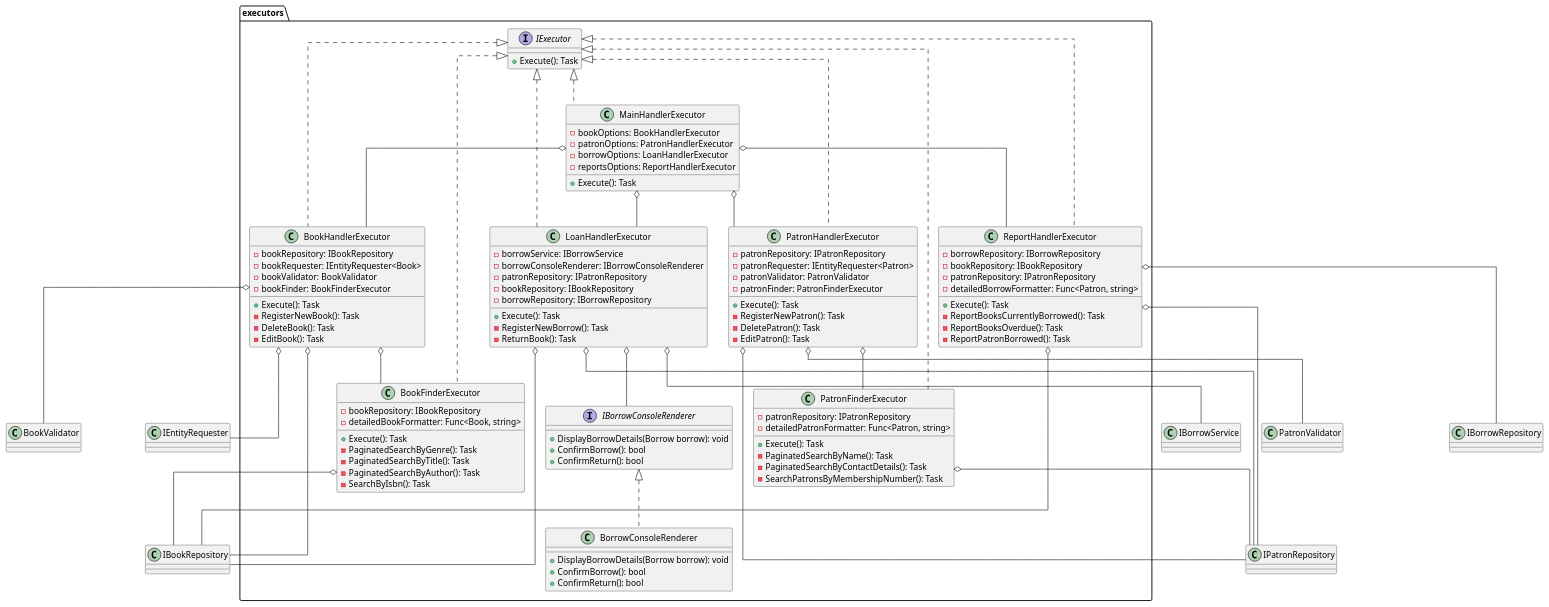
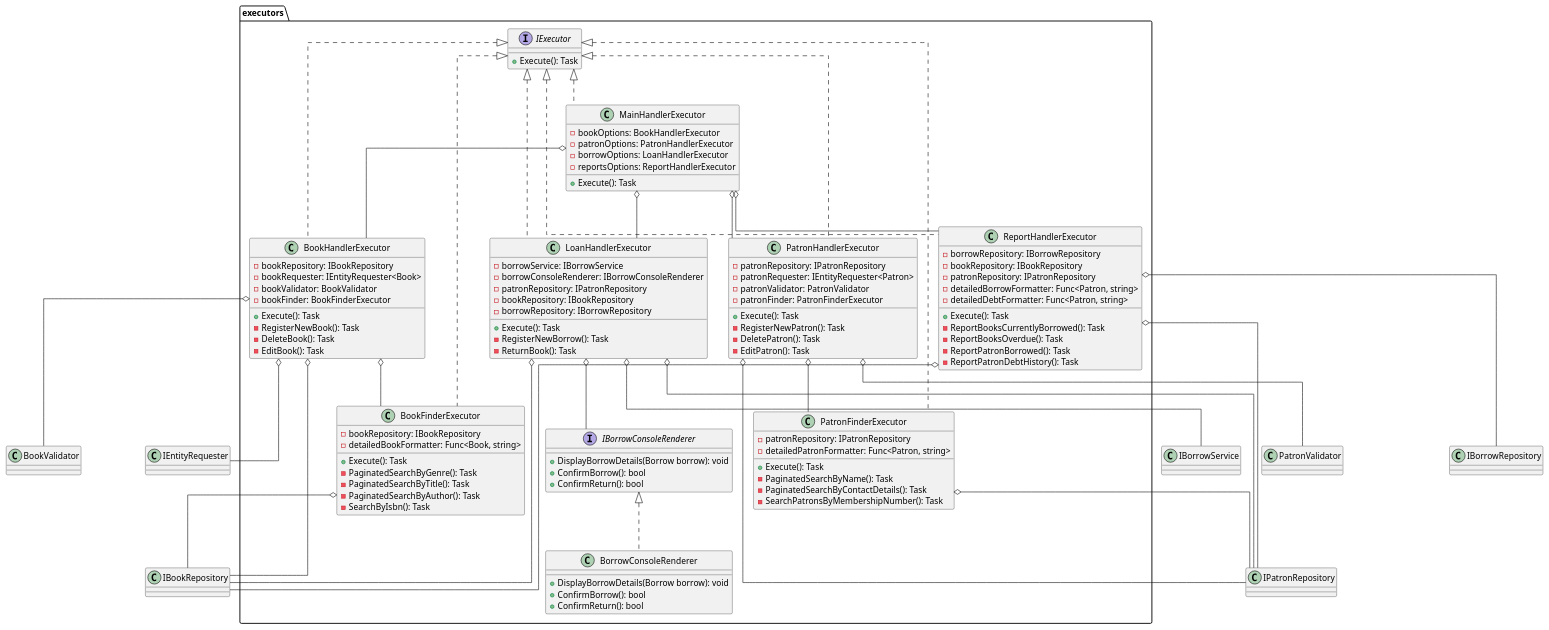
The diagram in system-design/class-diagram/presentation/executors.puml (programacion-6/Opcion1LosBorbotones), drawn with PlantUML before and after one commit. The commit also changed 5 other files, not shown here.

Commit message:
chore: updated UML

```diff
--- a/system-design/class-diagram/presentation/executors.puml
+++ b/system-design/class-diagram/presentation/executors.puml
@@ -1,127 +1,129 @@
 @startuml
 skinparam linetype ortho
 
 package executors {
     class BookFinderExecutor {
             -  bookRepository: IBookRepository
             -  detailedBookFormatter: Func<Book, string>
             +  Execute(): Task
             -  PaginatedSearchByGenre(): Task
             -  PaginatedSearchByTitle(): Task
             -  PaginatedSearchByAuthor(): Task
             -  SearchByIsbn(): Task
         }
 
     class BookHandlerExecutor {
             -  bookRepository: IBookRepository
             -  bookRequester: IEntityRequester<Book>
             -  bookValidator: BookValidator
             -  bookFinder: BookFinderExecutor
             +  Execute(): Task
             -  RegisterNewBook(): Task
             -  DeleteBook(): Task
             -  EditBook(): Task
         }
 
     class LoanHandlerExecutor {
             -  borrowService: IBorrowService
             -  borrowConsoleRenderer: IBorrowConsoleRenderer
             -  patronRepository: IPatronRepository
             -  bookRepository: IBookRepository
             -  borrowRepository: IBorrowRepository
             +  Execute(): Task
             -  RegisterNewBorrow(): Task
             -  ReturnBook(): Task
         }
 
      class PatronFinderExecutor {
             -  patronRepository: IPatronRepository
             -  detailedPatronFormatter: Func<Patron, string>
             +  Execute(): Task
             -  PaginatedSearchByName(): Task
             -  PaginatedSearchByContactDetails(): Task
             -  SearchPatronsByMembershipNumber(): Task
         }
 
      class PatronHandlerExecutor {
             -  patronRepository: IPatronRepository
             -  patronRequester: IEntityRequester<Patron>
             -  patronValidator: PatronValidator
             -  patronFinder: PatronFinderExecutor
             +  Execute(): Task
             -  RegisterNewPatron(): Task
             -  DeletePatron(): Task
             -  EditPatron(): Task
         }
 
      class ReportHandlerExecutor {
             -  borrowRepository: IBorrowRepository
             -  bookRepository: IBookRepository
             -  patronRepository: IPatronRepository
             -  detailedBorrowFormatter: Func<Patron, string>
+            -  detailedDebtFormatter: Func<Patron, string>
             +  Execute(): Task
             -  ReportBooksCurrentlyBorrowed(): Task
             -  ReportBooksOverdue(): Task
             -  ReportPatronBorrowed(): Task
+            -  ReportPatronDebtHistory(): Task
         }
 
      class MainHandlerExecutor {
             - bookOptions: BookHandlerExecutor
             - patronOptions: PatronHandlerExecutor
             - borrowOptions: LoanHandlerExecutor
             - reportsOptions: ReportHandlerExecutor
             +  Execute(): Task
         }
     MainHandlerExecutor o-- BookHandlerExecutor
     MainHandlerExecutor o-- PatronHandlerExecutor
     MainHandlerExecutor o-- LoanHandlerExecutor
     MainHandlerExecutor o-- ReportHandlerExecutor
 
     interface IExecutor {
         + Execute(): Task
     }
     IExecutor <|.. BookFinderExecutor
     IExecutor <|.. BookHandlerExecutor
     IExecutor <|.. LoanHandlerExecutor
     IExecutor <|.. PatronFinderExecutor
     IExecutor <|.. PatronHandlerExecutor
     IExecutor <|.. ReportHandlerExecutor
     IExecutor <|.. MainHandlerExecutor
 
      class BorrowConsoleRenderer {
             + DisplayBorrowDetails(Borrow borrow): void
             + ConfirmBorrow(): bool
             + ConfirmReturn(): bool
         }
 
     interface IBorrowConsoleRenderer {
         + DisplayBorrowDetails(Borrow borrow): void
         + ConfirmBorrow(): bool
         + ConfirmReturn(): bool
     }
     IBorrowConsoleRenderer <|.. BorrowConsoleRenderer
 }
 
 PatronHandlerExecutor o-- PatronValidator
 PatronHandlerExecutor o-- IPatronRepository
 PatronHandlerExecutor o-- PatronFinderExecutor
 
 PatronFinderExecutor o-- IPatronRepository
 
 BookFinderExecutor o-- IBookRepository
 
 BookHandlerExecutor o-- IBookRepository
 BookHandlerExecutor o-- IEntityRequester
 BookHandlerExecutor o-- BookValidator
 BookHandlerExecutor o-- BookFinderExecutor
 
 LoanHandlerExecutor o-- IBorrowService
 LoanHandlerExecutor o-- IBorrowConsoleRenderer
 LoanHandlerExecutor o-- IPatronRepository
 LoanHandlerExecutor o-- IBookRepository
 
 ReportHandlerExecutor o-- IBorrowRepository
 ReportHandlerExecutor o-- IBookRepository
 ReportHandlerExecutor o-- IPatronRepository
 
 @enduml
```
